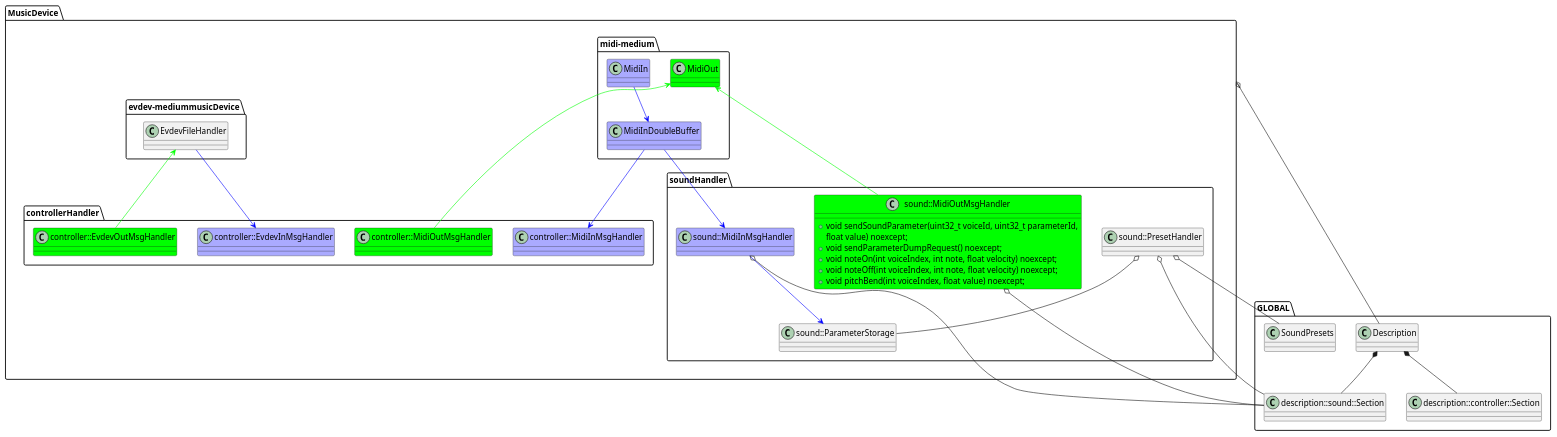
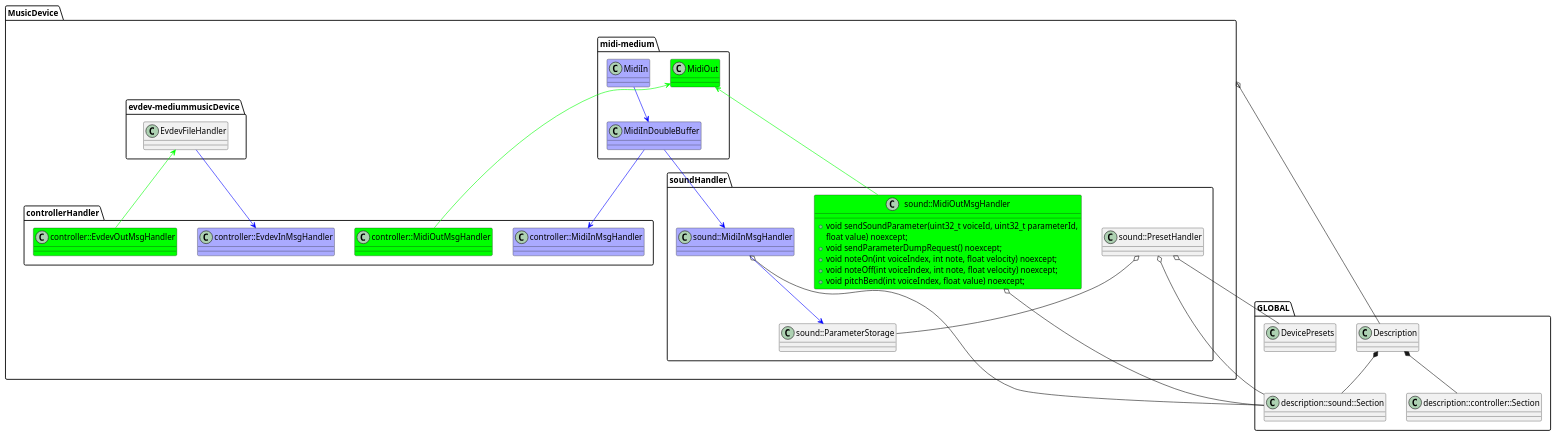
The diagram in Base/Documentation/Brainstorming/classes.puml (dliess/MidiEmBackend), drawn with PlantUML before and after one commit. The commit also changed 12 other files, not shown here.

Commit message:
SoundPresets->DevicePresets

```diff
--- a/Base/Documentation/Brainstorming/classes.puml
+++ b/Base/Documentation/Brainstorming/classes.puml
@@ -1,106 +1,106 @@
 @startuml
 
 package GLOBAL
 {
-   class SoundPresets
+   class DevicePresets
    class Description
    class description::sound::Section
    class description::controller::Section
 }
 
 package MusicDevice
 {
 
 
 package soundHandler
 {
    class sound::MidiInMsgHandler #aaaaff
    {
 
    }
 
    class sound::MidiOutMsgHandler #00ff00
    {
       +void sendSoundParameter(uint32_t voiceId, uint32_t parameterId,
                               float value) noexcept;
       +void sendParameterDumpRequest() noexcept;
       +void noteOn(int voiceIndex, int note, float velocity) noexcept;
       +void noteOff(int voiceIndex, int note, float velocity) noexcept;
       +void pitchBend(int voiceIndex, float value) noexcept;
    }
 
 
    class sound::ParameterStorage
    {
 
    }
 
    class sound::PresetHandler
    {
 
    }
 
 }
 
 package controllerHandler
 {
    class controller::MidiInMsgHandler #aaaaff
    {
 
    }
 
    class controller::MidiOutMsgHandler #00ff00
    {
 
    }
 
    class controller::EvdevInMsgHandler #aaaaff
    {
 
    }
 
    class controller::EvdevOutMsgHandler #00ff00
    {
 
    }
 }
 
 package midi-medium
 {
 
 class MidiInDoubleBuffer #aaaaff
 class MidiOut #00ff00
 class MidiIn #aaaaff
 
 }
 
 package evdev-mediummusicDevice
 {
    class EvdevFileHandler
 }
 
 }
 
 Description *-- description::sound::Section
 Description *-- description::controller::Section
 
 MusicDevice o-- Description
 
 sound::MidiInMsgHandler --> sound::ParameterStorage #0000ff
 sound::PresetHandler o-- sound::ParameterStorage
-sound::PresetHandler o-- SoundPresets
+sound::PresetHandler o-- DevicePresets
 sound::PresetHandler o-- description::sound::Section
 sound::MidiOutMsgHandler o-- description::sound::Section
 sound::MidiInMsgHandler o-- description::sound::Section
 
 MidiIn --> MidiInDoubleBuffer #0000ff
 MidiInDoubleBuffer --> sound::MidiInMsgHandler #0000ff
 MidiInDoubleBuffer --> controller::MidiInMsgHandler #0000ff
 
 sound::MidiOutMsgHandler --> MidiOut #00ff00
 controller::MidiOutMsgHandler --> MidiOut #00ff00
 
 EvdevFileHandler --> controller::EvdevInMsgHandler #0000ff
 EvdevFileHandler <-- controller::EvdevOutMsgHandler #00ff00
 
 @enduml
```
